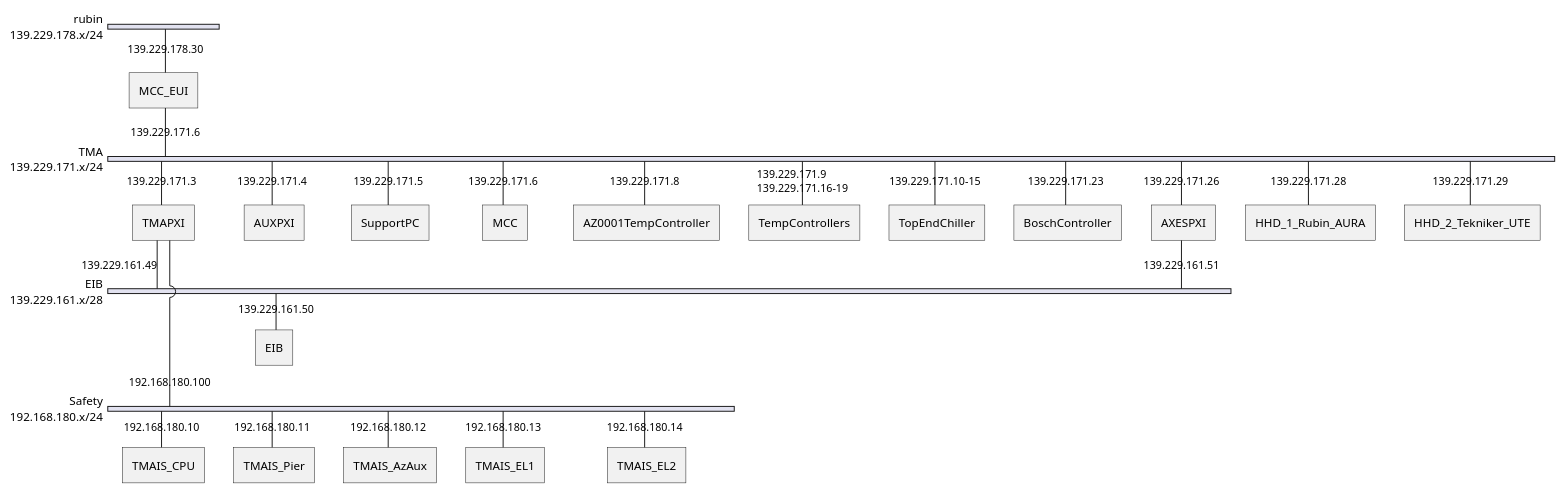
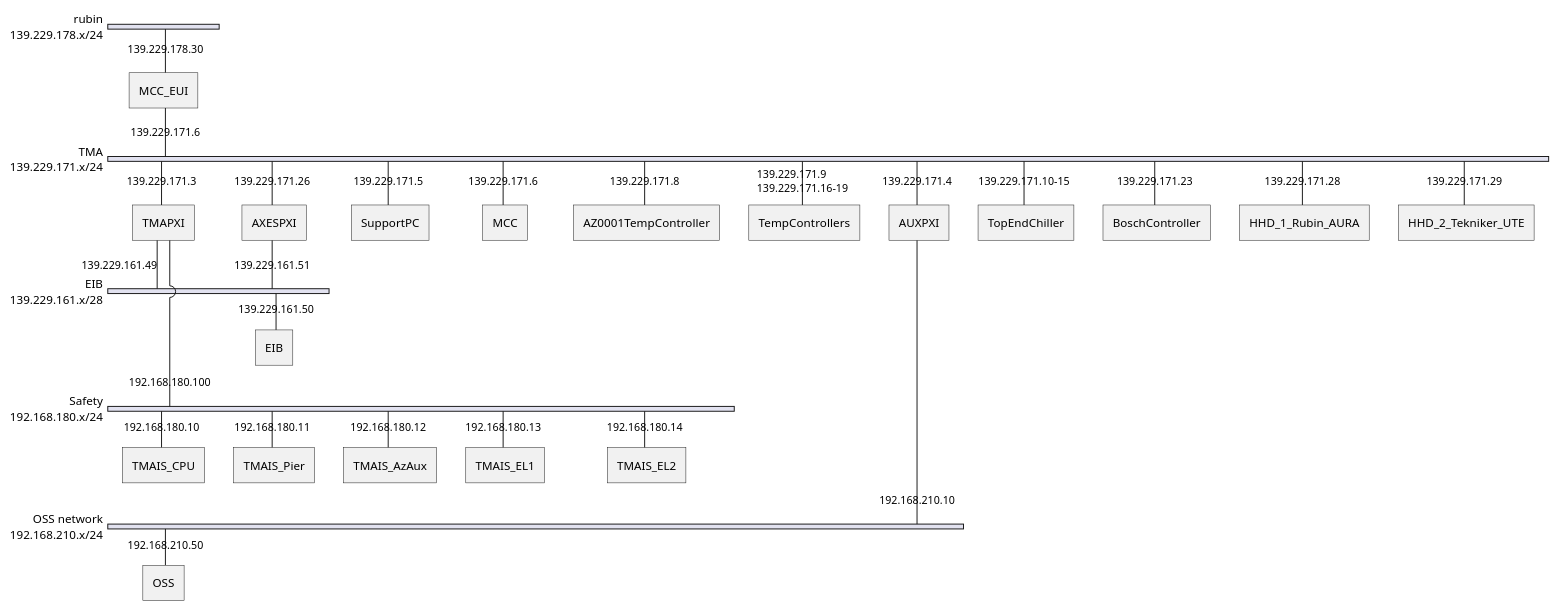
The diagram in resources/Network Architecture.puml (lsst-ts/ts_tma_tma-documentation_ethernet-conexions), drawn with PlantUML before and after one commit. The commit also changed 2 other files, not shown here.

Commit message:
perf: update the connections state and add the OSS network

```diff
--- a/resources/Network Architecture.puml
+++ b/resources/Network Architecture.puml
@@ -1,39 +1,45 @@
 @startuml Network Architecture
 
 nwdiag {
     network rubin {
         address = "139.229.178.x/24"
         MCC_EUI [address = "139.229.178.30"]
     }
     network TMA{
         address = "139.229.171.x/24";
         MCC_EUI [address = "139.229.171.6"]
         TMAPXI [address = "139.229.171.3"]
-        AUXPXI [address = "139.229.171.4"]
+        AXESPXI [address = "139.229.171.26"]
         SupportPC [address = "139.229.171.5"]
         MCC [address = "139.229.171.6"]
         AZ0001TempController [address = "139.229.171.8"]
         TempControllers [address = "139.229.171.9, 139.229.171.16-19"]
+        AUXPXI [address = "139.229.171.4"]
         TopEndChiller [address = "139.229.171.10-15"]
         BoschController [address = "139.229.171.23"]
-        AXESPXI [address = "139.229.171.26"]
         HHD_1_Rubin_AURA [address = "139.229.171.28"]
         HHD_2_Tekniker_UTE [address = "139.229.171.29"]
     }
     network EIB{
         address ="139.229.161.x/28"
         TMAPXI [address = "139.229.161.49"]
         AXESPXI [address = "139.229.161.51"]
         EIB [address = "139.229.161.50"]
     }
     network Safety{
         address ="192.168.180.x/24"
         TMAPXI [address = "192.168.180.100"]
         TMAIS_CPU [address = "192.168.180.10"]
         TMAIS_Pier [address = "192.168.180.11"]
         TMAIS_AzAux [address = "192.168.180.12"]
         TMAIS_EL1 [address = "192.168.180.13"] 
         TMAIS_EL2 [address = "192.168.180.14"]
     }
+    network OSS_net {
+      address = "192.168.210.x/24"
+      description = "OSS network"
+      AUXPXI [address = "192.168.210.10"]
+      OSS [ address = "192.168.210.50" ]
+    }
 }
 @enduml
```
